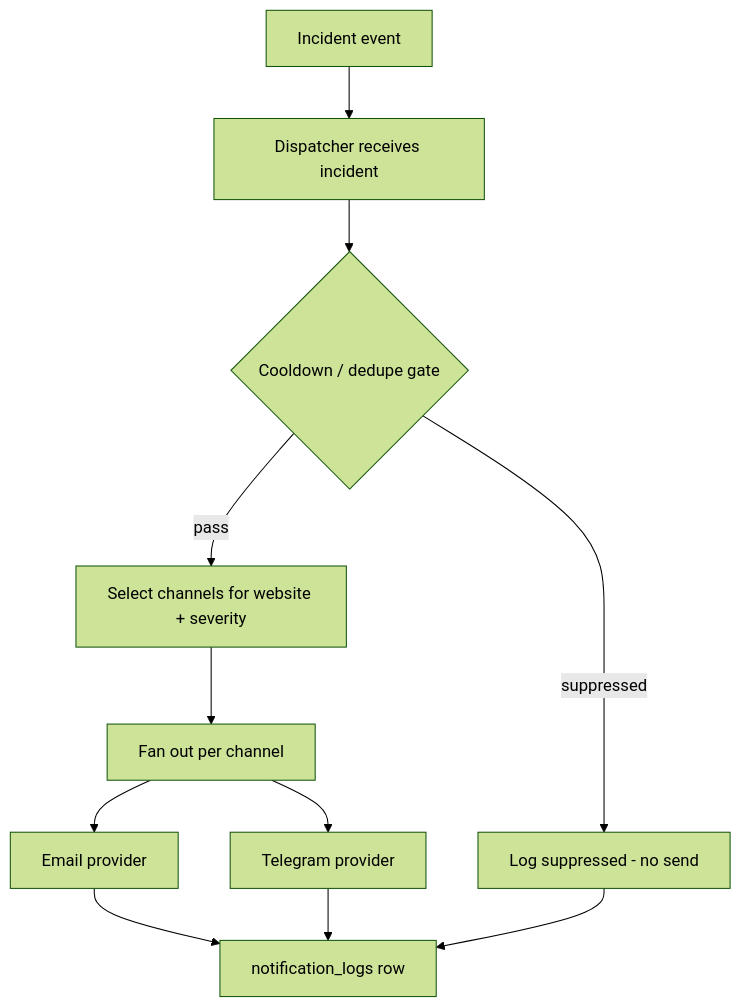
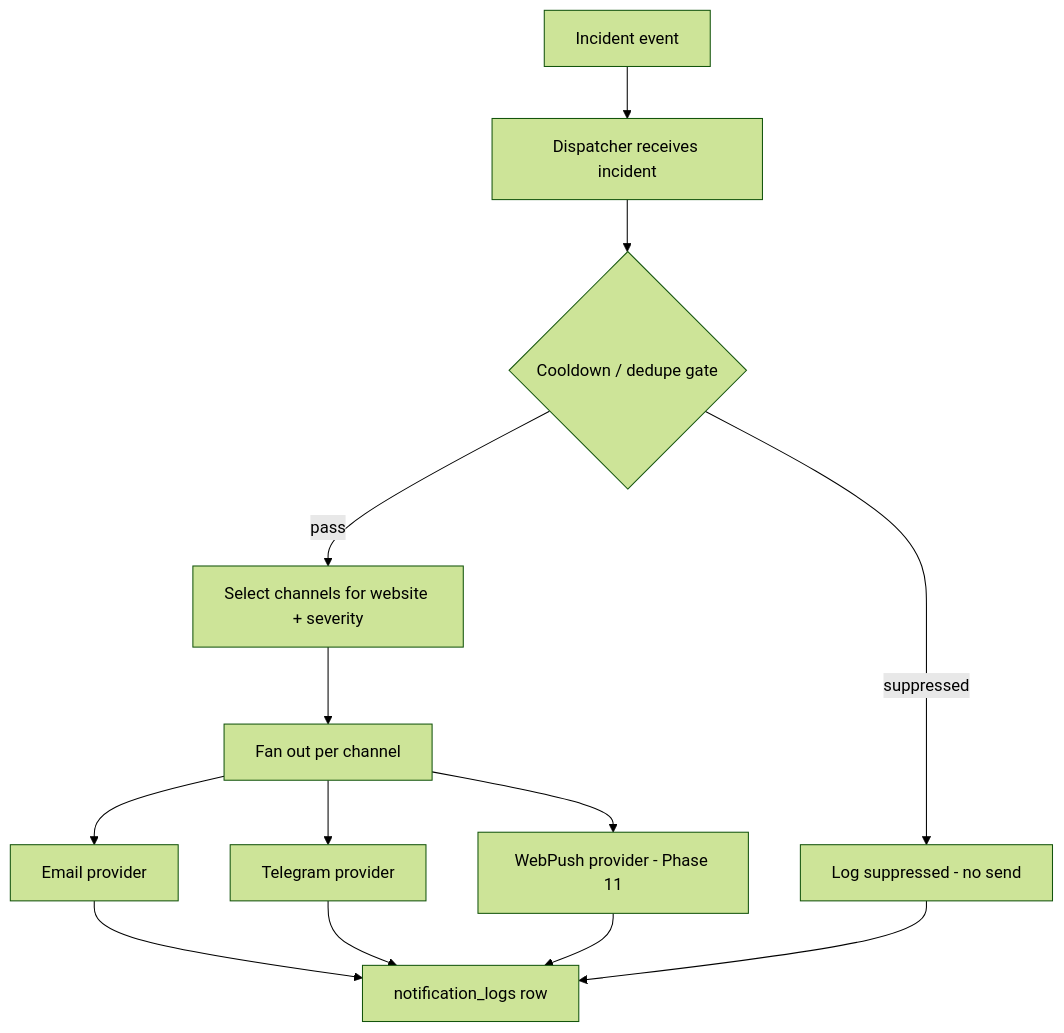
One commit to tupski/SiteSentinel-Website-Monitor changed the seventh of 13 diagrams in ARCHITECTURE.md. Above: the diagram before and after it, drawn with Mermaid (forest theme). The commit also changed other lines of this file and 105 other files, not shown here.

````diff
--- a/ARCHITECTURE.md
+++ b/ARCHITECTURE.md
@@ -319,13 +321,15 @@
 ```mermaid
 flowchart TD
     Inc[Incident event] --> Dispatch[Dispatcher receives incident]
     Dispatch --> Dedupe{Cooldown / dedupe gate}
     Dedupe -- suppressed --> LogSkip[Log suppressed - no send]
     Dedupe -- pass --> Select[Select channels for website + severity]
     Select --> Fanout[Fan out per channel]
     Fanout --> EmailP[Email provider]
     Fanout --> TelegramP[Telegram provider]
+    Fanout --> PushP[WebPush provider - Phase 11]
     EmailP --> Log[notification_logs row]
     TelegramP --> Log
+    PushP --> Log
     LogSkip --> Log
 ```
````
